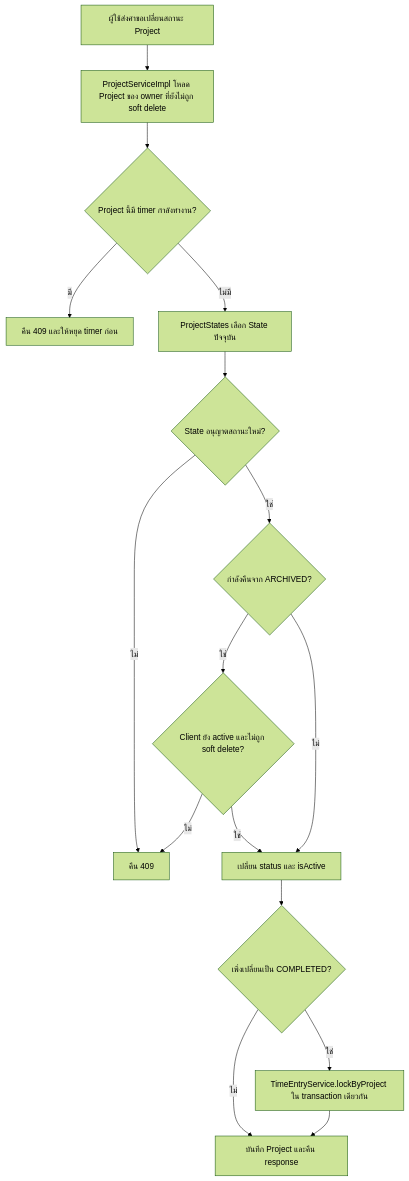
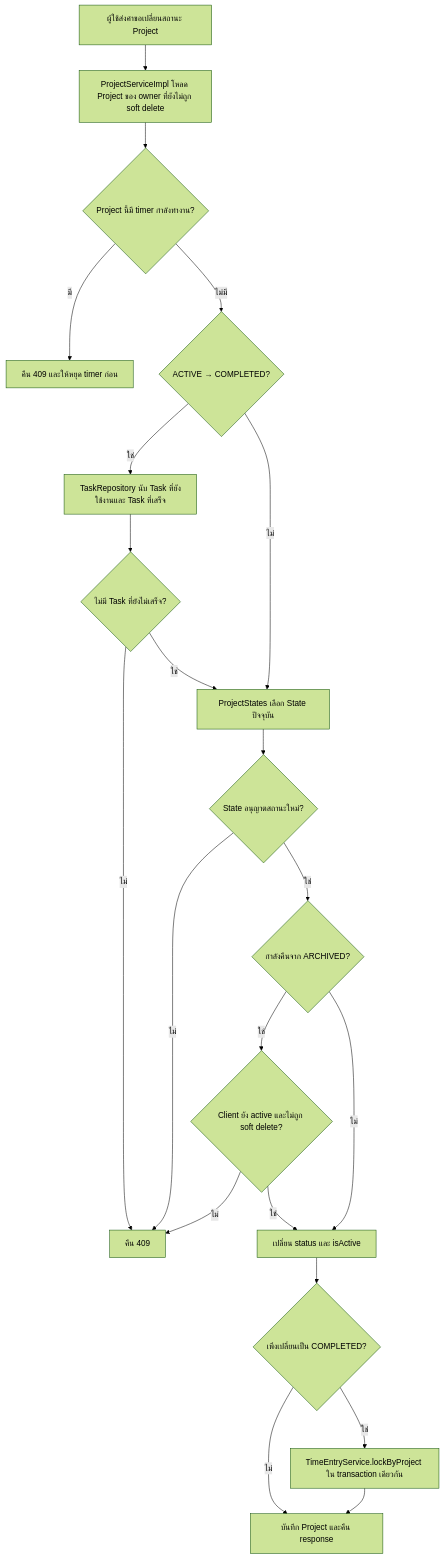
The second of 3 diagrams in doc/V1/DESIGN/kantavit-design.md (lillianxhub/freelance-hub), drawn with Mermaid (forest theme) before and after one commit. The commit also changed other lines of this file and 2 other files, not shown here.

````diff
--- a/doc/V1/DESIGN/kantavit-design.md
+++ b/doc/V1/DESIGN/kantavit-design.md
@@ -68,18 +72,23 @@
 ```mermaid
 flowchart TD
     A[ผู้ใช้ส่งคำขอเปลี่ยนสถานะ Project] --> B[ProjectServiceImpl โหลด Project ของ owner ที่ยังไม่ถูก soft delete]
     B --> C{Project นี้มี timer กำลังทำงาน?}
     C -- มี --> D[คืน 409 และให้หยุด timer ก่อน]
-    C -- ไม่มี --> E[ProjectStates เลือก State ปัจจุบัน]
-    E --> F{State อนุญาตสถานะใหม่?}
+    C -- ไม่มี --> E{ACTIVE → COMPLETED?}
+    E -- ใช่ --> N[TaskRepository นับ Task ที่ยังใช้งานและ Task ที่เสร็จ]
+    N --> O{ไม่มี Task ที่ยังไม่เสร็จ?}
+    O -- ไม่ --> G[คืน 409]
+    O -- ใช่ --> P[ProjectStates เลือก State ปัจจุบัน]
+    E -- ไม่ --> P
+    P --> F{State อนุญาตสถานะใหม่?}
     F -- ไม่ --> G[คืน 409]
     F -- ใช่ --> H{กำลังคืนจาก ARCHIVED?}
     H -- ใช่ --> I{Client ยัง active และไม่ถูก soft delete?}
     I -- ไม่ --> G
     I -- ใช่ --> J[เปลี่ยน status และ isActive]
     H -- ไม่ --> J
     J --> K{เพิ่งเปลี่ยนเป็น COMPLETED?}
     K -- ใช่ --> L[TimeEntryService.lockByProject ใน transaction เดียวกัน]
     K -- ไม่ --> M[บันทึก Project และคืน response]
     L --> M
 ```
````
